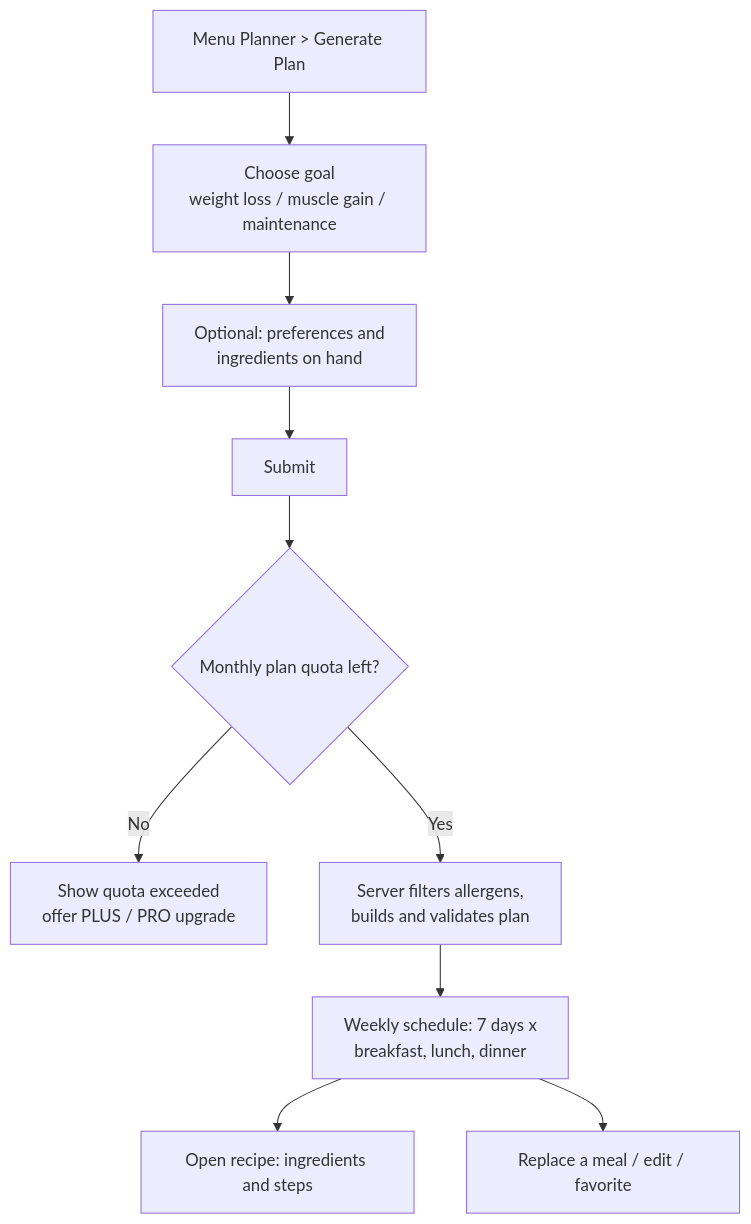
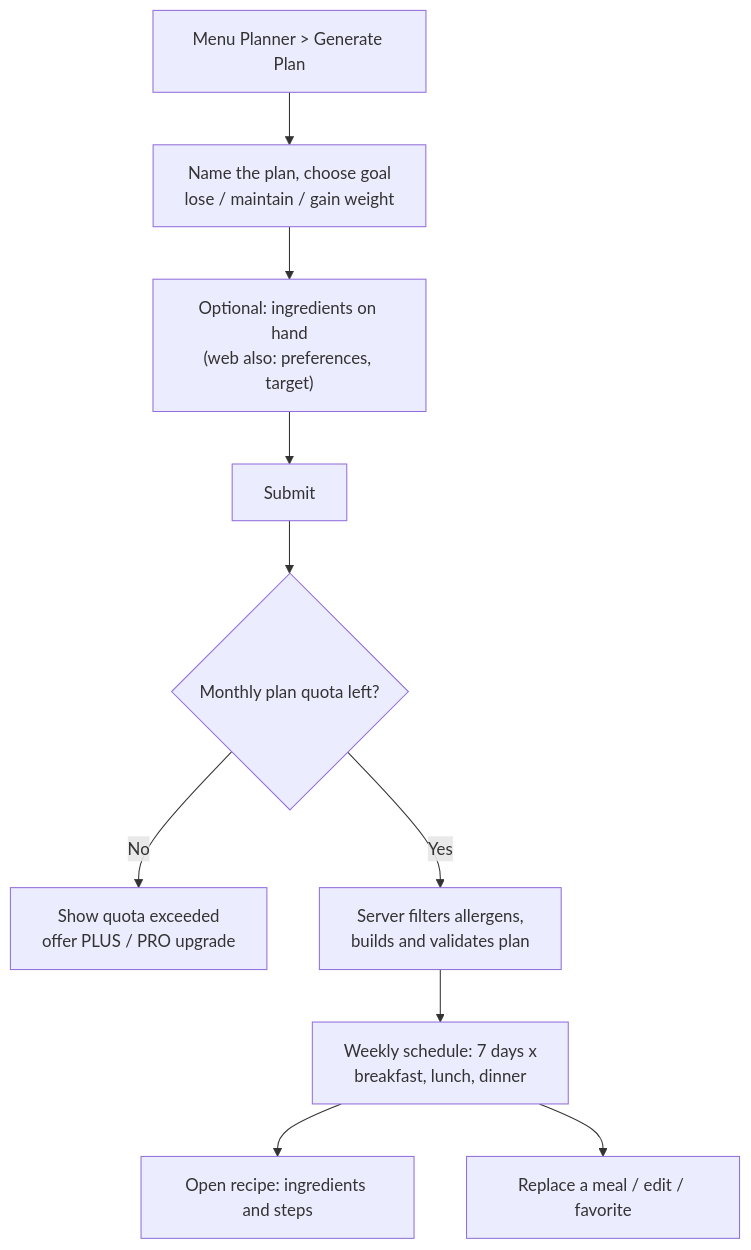
One commit to Phu0312/VeggiePal-Microservice changed diagram 16 of 19 in docs/PRM_CAPSTONE.md. Above: the diagram before and after it, drawn with Mermaid. The commit also changed other lines of this file and 14 other files, not shown here.

Commit message:
feat/mobile/mealplan(#36): update meal-plan flow

````diff
--- a/docs/PRM_CAPSTONE.md
+++ b/docs/PRM_CAPSTONE.md
@@ -1101,12 +1103,12 @@
 ```mermaid
 flowchart TD
-    A["Menu Planner > Generate Plan"] --> B["Choose goal<br/>weight loss / muscle gain / maintenance"]
-    B --> C["Optional: preferences and<br/>ingredients on hand"]
+    A["Menu Planner > Generate Plan"] --> B["Name the plan, choose goal<br/>lose / maintain / gain weight"]
+    B --> C["Optional: ingredients on hand<br/>(web also: preferences, target)"]
     C --> D["Submit"]
     D --> E{"Monthly plan quota left?"}
     E -- "No" --> F["Show quota exceeded<br/>offer PLUS / PRO upgrade"]
     E -- "Yes" --> G["Server filters allergens,<br/>builds and validates plan"]
     G --> H["Weekly schedule: 7 days x<br/>breakfast, lunch, dinner"]
     H --> I["Open recipe: ingredients and steps"]
     H --> J["Replace a meal / edit / favorite"]
 ```
````
